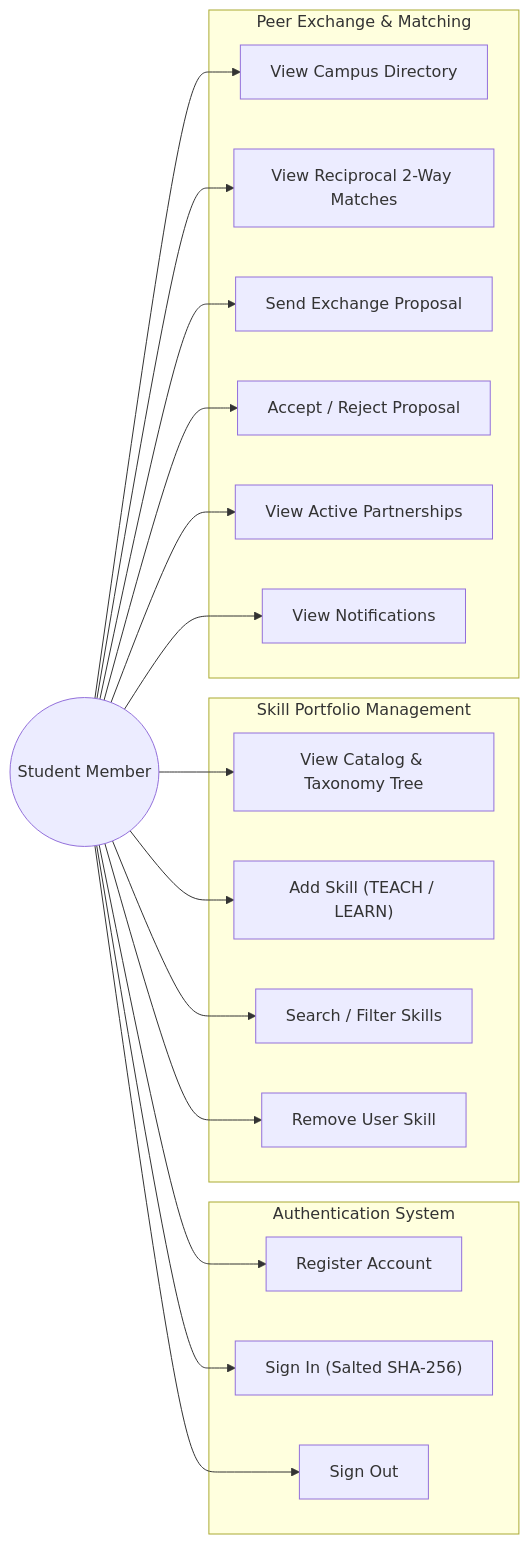
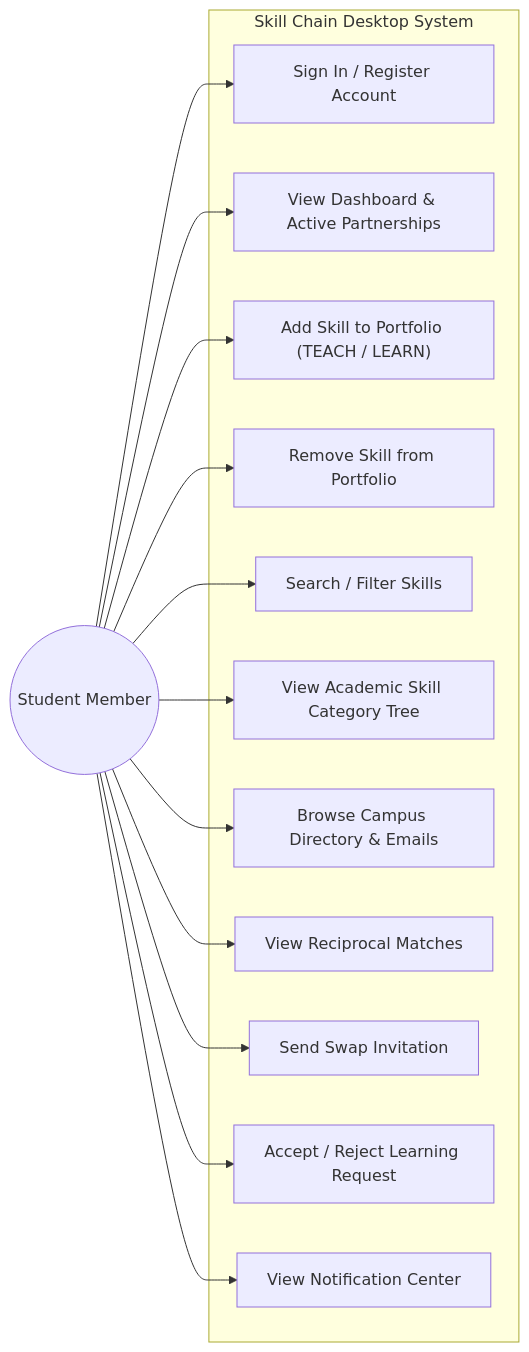
The second of 3 diagrams in PROJECT_REPORT.md (varsha1125/skill_chain), drawn with Mermaid before and after one commit. The commit also changed other lines of this file and 1 other file, not shown here.

Commit message:
Format project report to match reference structure with 4 team members

````diff
--- a/PROJECT_REPORT.md
+++ b/PROJECT_REPORT.md
@@ -390,40 +164,30 @@
 ```mermaid
 flowchart LR
     Student((Student Member))
 
-    subgraph AuthSystem["Authentication System"]
-        UC1["Register Account"]
-        UC2["Sign In (Salted SHA-256)"]
-        UC3["Sign Out"]
-    end
-
-    subgraph SkillManagement["Skill Portfolio Management"]
-        UC4["View Catalog & Taxonomy Tree"]
-        UC5["Add Skill (TEACH / LEARN)"]
-        UC6["Search / Filter Skills"]
-        UC7["Remove User Skill"]
-    end
-
-    subgraph MatchAndExchange["Peer Exchange & Matching"]
-        UC8["View Campus Directory"]
-        UC9["View Reciprocal 2-Way Matches"]
-        UC10["Send Exchange Proposal"]
-        UC11["Accept / Reject Proposal"]
-        UC12["View Active Partnerships"]
-        UC13["View Notifications"]
+    subgraph SystemBoundary["Skill Chain Desktop System"]
+        UC1["Sign In / Register Account"]
+        UC2["View Dashboard & Active Partnerships"]
+        UC3["Add Skill to Portfolio (TEACH / LEARN)"]
+        UC4["Remove Skill from Portfolio"]
+        UC5["Search / Filter Skills"]
+        UC6["View Academic Skill Category Tree"]
+        UC7["Browse Campus Directory & Emails"]
+        UC8["View Reciprocal Matches"]
+        UC9["Send Swap Invitation"]
+        UC10["Accept / Reject Learning Request"]
+        UC11["View Notification Center"]
     end
 
     Student --> UC1
     Student --> UC2
     Student --> UC3
     Student --> UC4
     Student --> UC5
     Student --> UC6
     Student --> UC7
     Student --> UC8
     Student --> UC9
     Student --> UC10
     Student --> UC11
-    Student --> UC12
-    Student --> UC13
 ```
````
